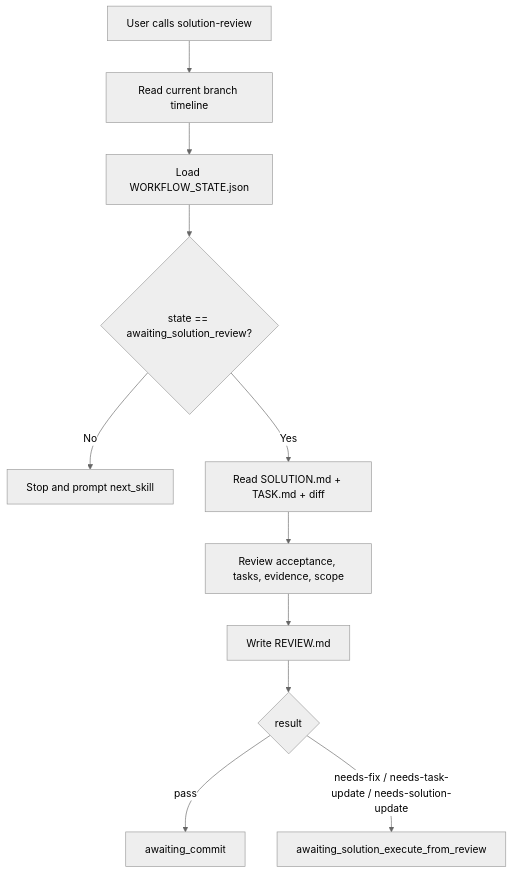
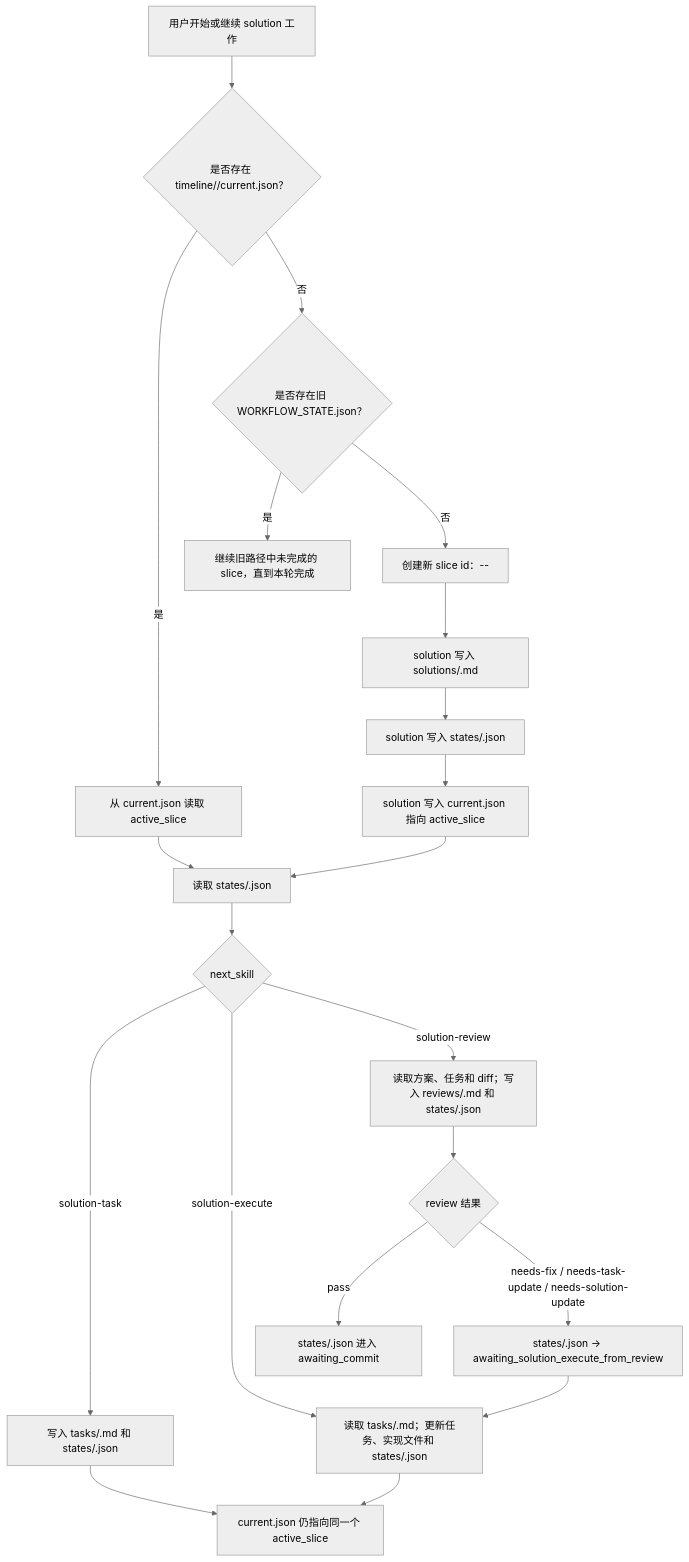
Before and after one commit to PorterZhang2021/porter-plugins: the diagram in .codex/timeline/feat/refactor-feature-development/SOLUTION.md, drawn with Mermaid (neutral theme). The commit also changed other lines of this file and 3 other files, not shown here.

Commit message:
feat(solution): define timeline slice records

````diff
--- a/.codex/timeline/feat/refactor-feature-development/SOLUTION.md
+++ b/.codex/timeline/feat/refactor-feature-development/SOLUTION.md
@@ -311,13 +341,27 @@
 ```mermaid
 flowchart TD
-  A["User calls solution-review"] --> B["Read current branch timeline"]
-  B --> C["Load WORKFLOW_STATE.json"]
-  C --> D{"state == awaiting_solution_review?"}
-  D -- "No" --> X["Stop and prompt next_skill"]
-  D -- "Yes" --> E["Read SOLUTION.md + TASK.md + diff"]
-  E --> F["Review acceptance, tasks, evidence, scope"]
-  F --> G["Write REVIEW.md"]
-  G --> H{"result"}
-  H -- "pass" --> I["awaiting_commit"]
-  H -- "needs-fix / needs-task-update / needs-solution-update" --> J["awaiting_solution_execute_from_review"]
+  A["用户开始或继续 solution 工作"] --> B{"是否存在 timeline/<timeline-name>/current.json？"}
+  B -- "是" --> C["从 current.json 读取 active_slice"]
+  B -- "否" --> D{"是否存在旧 WORKFLOW_STATE.json？"}
+  D -- "是" --> E["继续旧路径中未完成的 slice，直到本轮完成"]
+  D -- "否" --> F["创建新 slice id：<nnn>-<type>-<slug>"]
+
+  F --> G["solution 写入 solutions/<slice>.md"]
+  G --> H["solution 写入 states/<slice>.json"]
+  H --> I["solution 写入 current.json 指向 active_slice"]
+
+  C --> J["读取 states/<slice>.json"]
+  I --> J
+  J --> K{"next_skill"}
+
+  K -- "solution-task" --> L["写入 tasks/<slice>.md 和 states/<slice>.json"]
+  K -- "solution-execute" --> M["读取 tasks/<slice>.md；更新任务、实现文件和 states/<slice>.json"]
+  K -- "solution-review" --> N["读取方案、任务和 diff；写入 reviews/<slice>.md 和 states/<slice>.json"]
+
+  L --> O["current.json 仍指向同一个 active_slice"]
+  M --> O
+  N --> P{"review 结果"}
+  P -- "pass" --> Q["states/<slice>.json 进入 awaiting_commit"]
+  P -- "needs-fix / needs-task-update / needs-solution-update" --> R["states/<slice>.json -> awaiting_solution_execute_from_review"]
+  R --> M
 ```
````
